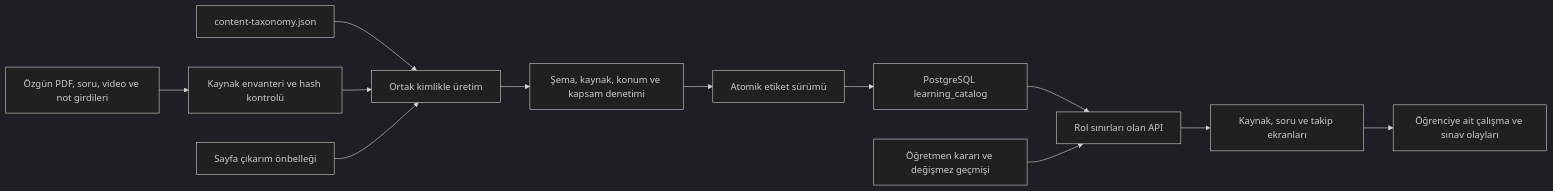
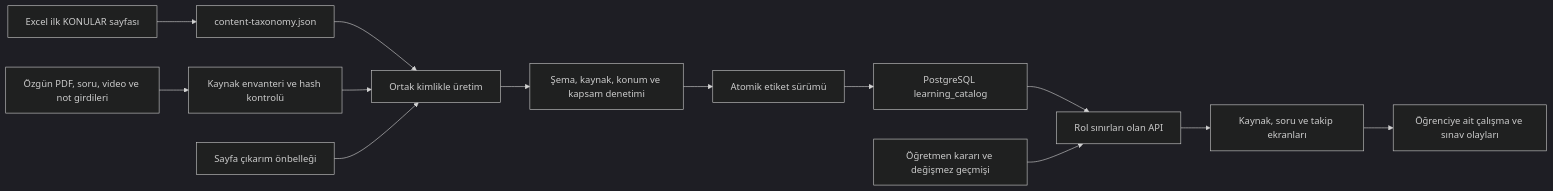
The diagram in docs/plan/00_SISTEM_REHBERI.md (nkorganci/ivme), drawn with Mermaid (dark theme) before and after one commit. The commit also changed other lines of this file and 42 other files, not shown here.

````diff
--- a/docs/plan/00_SISTEM_REHBERI.md
+++ b/docs/plan/00_SISTEM_REHBERI.md
@@ -18,14 +18,15 @@
 ```mermaid
 flowchart LR
     S[Özgün PDF, soru, video ve not girdileri] --> I[Kaynak envanteri ve hash kontrolü]
-    T[content-taxonomy.json] --> G[Ortak kimlikle üretim]
+    X[Excel ilk KONULAR sayfası] --> T[content-taxonomy.json]
+    T --> G[Ortak kimlikle üretim]
     I --> G
     C[Sayfa çıkarım önbelleği] --> G
     G --> V[Şema, kaynak, konum ve kapsam denetimi]
     V --> P[Atomik etiket sürümü]
     P --> DB[PostgreSQL learning_catalog]
     DB --> API[Rol sınırları olan API]
     H[Öğretmen kararı ve değişmez geçmişi] --> API
     API --> UI[Kaynak, soru ve takip ekranları]
     UI --> E[Öğrenciye ait çalışma ve sınav olayları]
 ```
````
